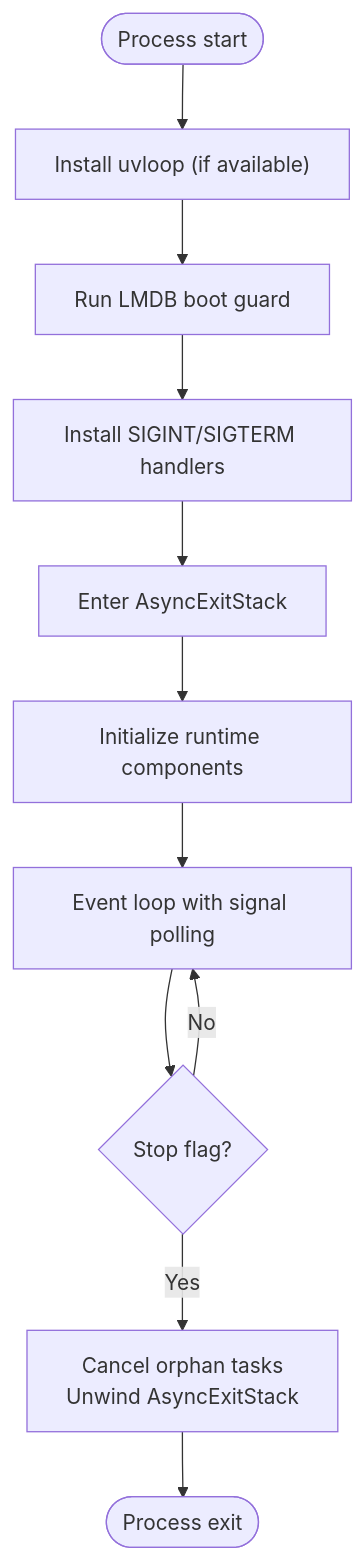
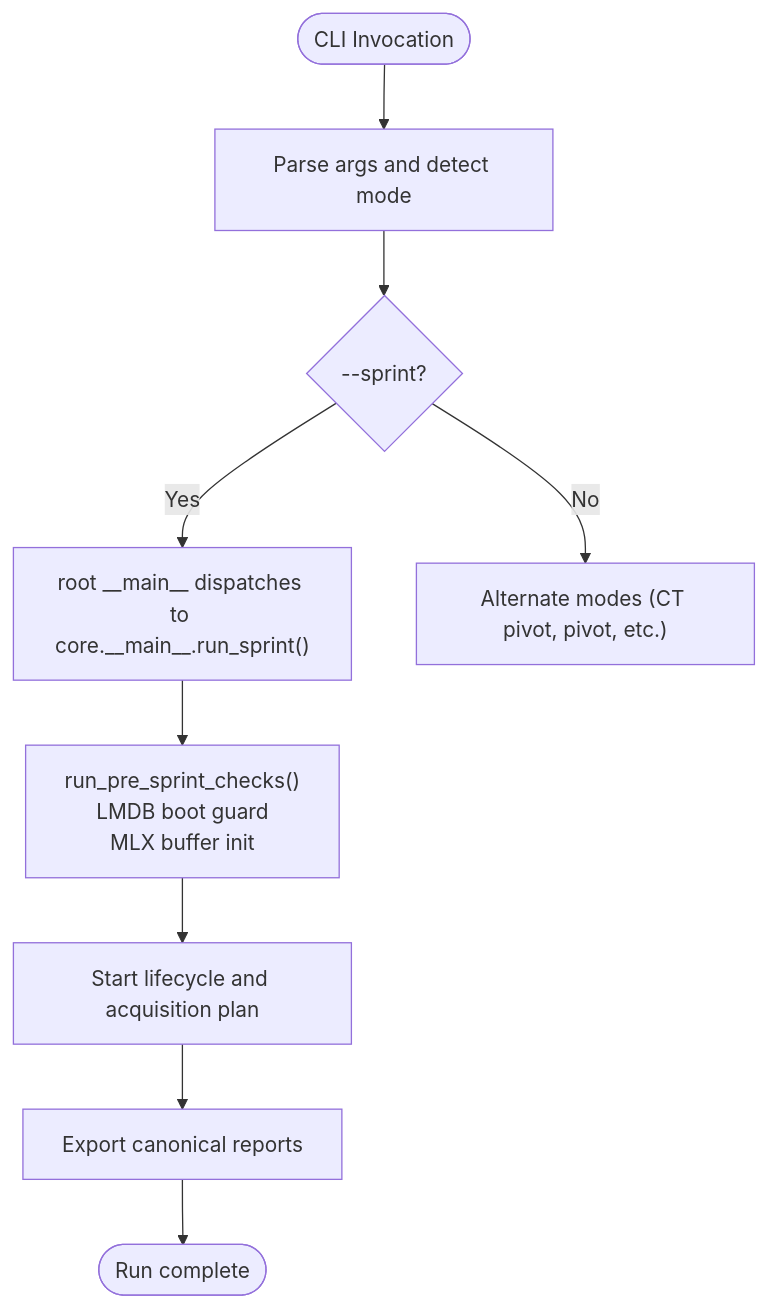
One commit to Hamulda/hledac-universal changed the third of 11 diagrams in .qoder/repowiki/en/content/Core Architecture/Core Architecture.md. Above: the diagram before and after it, drawn with Mermaid. The commit also changed other lines of this file and 236 other files, not shown here.

Commit message:
feat: F234 prelive gate, acquisition strategy and sprint scheduler improvements

````diff
--- a/.qoder/repowiki/en/content/Core Architecture/Core Architecture.md
+++ b/.qoder/repowiki/en/content/Core Architecture/Core Architecture.md
@@ -144,13 +152,11 @@
 ```mermaid
 flowchart TD
-START(["Process start"]) --> UVLOOP["Install uvloop (if available)"]
-UVLOOP --> BOOTGUARD["Run LMDB boot guard"]
-BOOTGUARD --> SIGNAL["Install SIGINT/SIGTERM handlers"]
-SIGNAL --> ASYNC["Enter AsyncExitStack"]
-ASYNC --> RUNTIME["Initialize runtime components"]
-RUNTIME --> LOOP["Event loop with signal polling"]
-LOOP --> STOP{"Stop flag?"}
-STOP --> |No| LOOP
-STOP --> |Yes| CLEANUP["Cancel orphan tasks<br/>Unwind AsyncExitStack"]
-CLEANUP --> END(["Process exit"])
+Start(["CLI Invocation"]) --> CheckArgs["Parse args and detect mode"]
+CheckArgs --> IsSprint{"--sprint?"}
+IsSprint --> |Yes| RootDispatch["root __main__ dispatches to core.__main__.run_sprint()"]
+IsSprint --> |No| OtherModes["Alternate modes (CT pivot, pivot, etc.)"]
+RootDispatch --> PreFlight["run_pre_sprint_checks()<br/>LMDB boot guard<br/>MLX buffer init"]
+PreFlight --> StartSprint["Start lifecycle and acquisition plan"]
+StartSprint --> Export["Export canonical reports"]
+Export --> End(["Run complete"])
 ```
````
